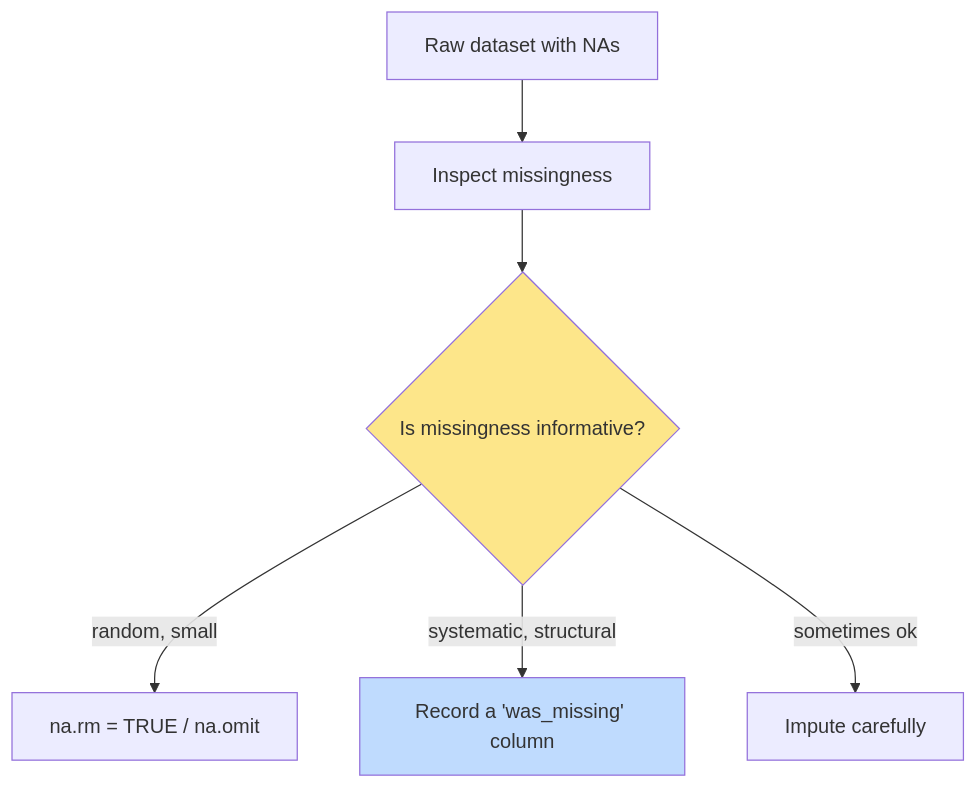
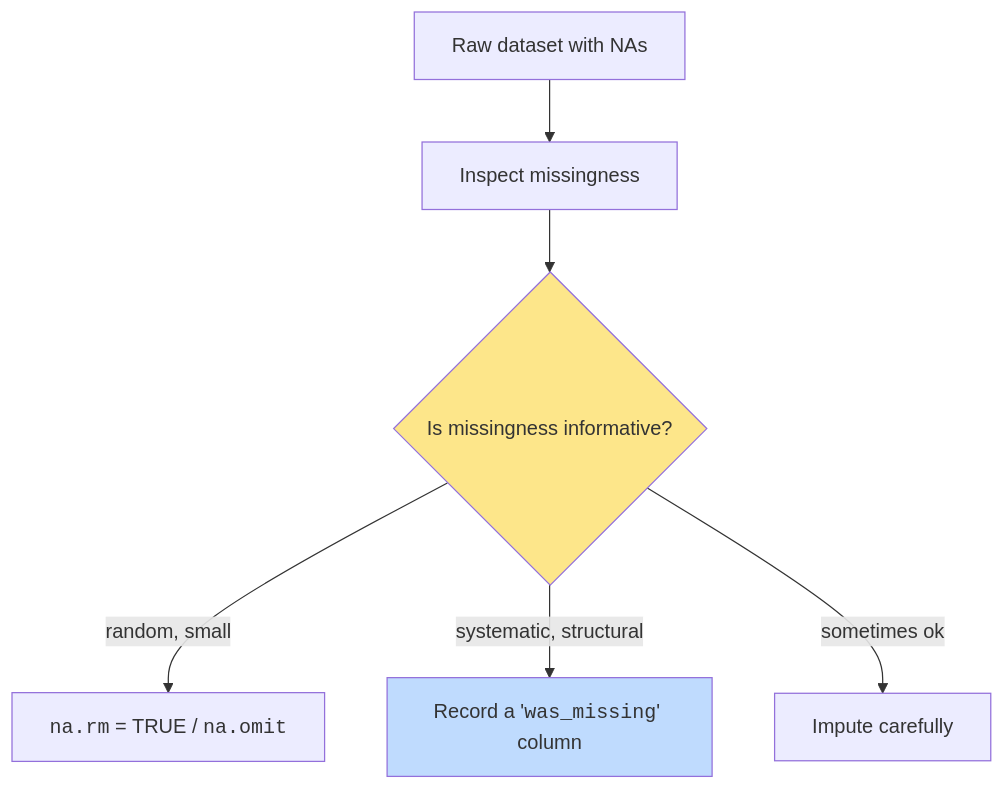
The diagram in content/learn/practical-r-for-beginners/missing-values.mdx (dataslope/dataslope), drawn with Mermaid before and after one commit. The commit also changed 218 other files, not shown here.

First line of the commit message:
Render code-only mermaid shapes in monospace; convert step sequences to Steps (#467)

````diff
--- a/content/learn/practical-r-for-beginners/missing-values.mdx
+++ b/content/learn/practical-r-for-beginners/missing-values.mdx
@@ -126,15 +126,15 @@
 ```mermaid
 flowchart TB
   raw["Raw dataset with NAs"]
   inspect["Inspect missingness"]
   decide{"Is missingness informative?"}
-  drop["na.rm = TRUE / na.omit"]
+  drop["<code>na.rm</code> = TRUE / <code>na.omit</code>"]
   impute["Impute carefully"]
-  flag["Record a 'was_missing' column"]
+  flag["Record a '<code>was_missing</code>' column"]
   raw --> inspect --> decide
   decide -->|"random, small"| drop
   decide -->|"systematic, structural"| flag
   decide -->|"sometimes ok"| impute
   style decide fill:#fde68a
   style flag fill:#bfdbfe
 ```
````
